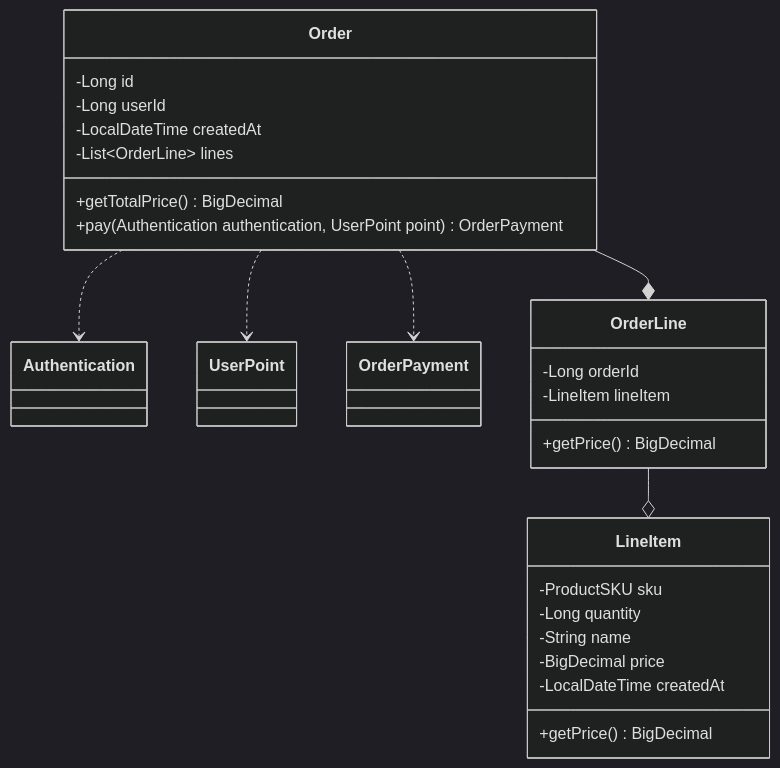
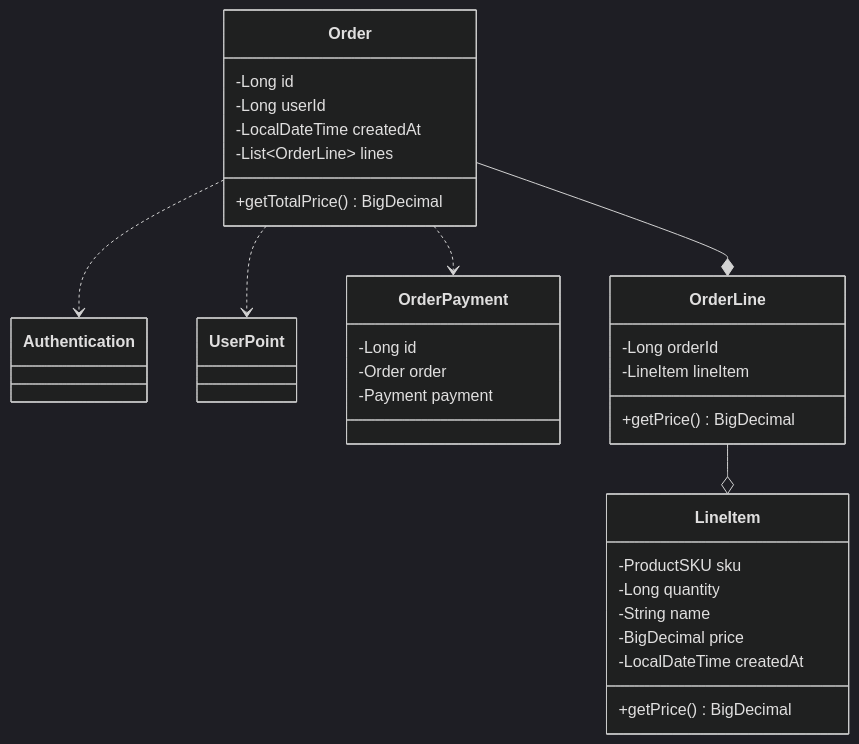
One commit to jsween5723/loopers-spring-kotlin-template changed the fifth of 6 diagrams in docs/03-class-diagrams.md. Above: the diagram before and after it, drawn with Mermaid (dark theme). The commit also changed other lines of this file, not shown here.

Commit message:
docs(sku): 클래스 다이어그램 정렬

````diff
--- a/docs/03-class-diagrams.md
+++ b/docs/03-class-diagrams.md
@@ -170,34 +171,37 @@
 ```mermaid
 classDiagram
     class Order {
         -Long id
         -Long userId
         -LocalDateTime createdAt
         -List~OrderLine~ lines
         +getTotalPrice() BigDecimal
-        +pay(Authentication authentication, UserPoint point) OrderPayment
     }
     Order ..> Authentication
     Order ..> UserPoint
     Order ..> OrderPayment
 
     Order --* OrderLine
     class OrderLine {
         -Long orderId
         -LineItem lineItem
         +getPrice() BigDecimal
     }
 
     OrderLine --o LineItem
 
 
     class LineItem {
         -ProductSKU sku
         -Long quantity
         -String name
         -BigDecimal price
         -LocalDateTime createdAt
         +getPrice() BigDecimal
     }
-
+    class OrderPayment {
+        -Long id
+        -Order order
+        -Payment payment
+    }
 ```
````
